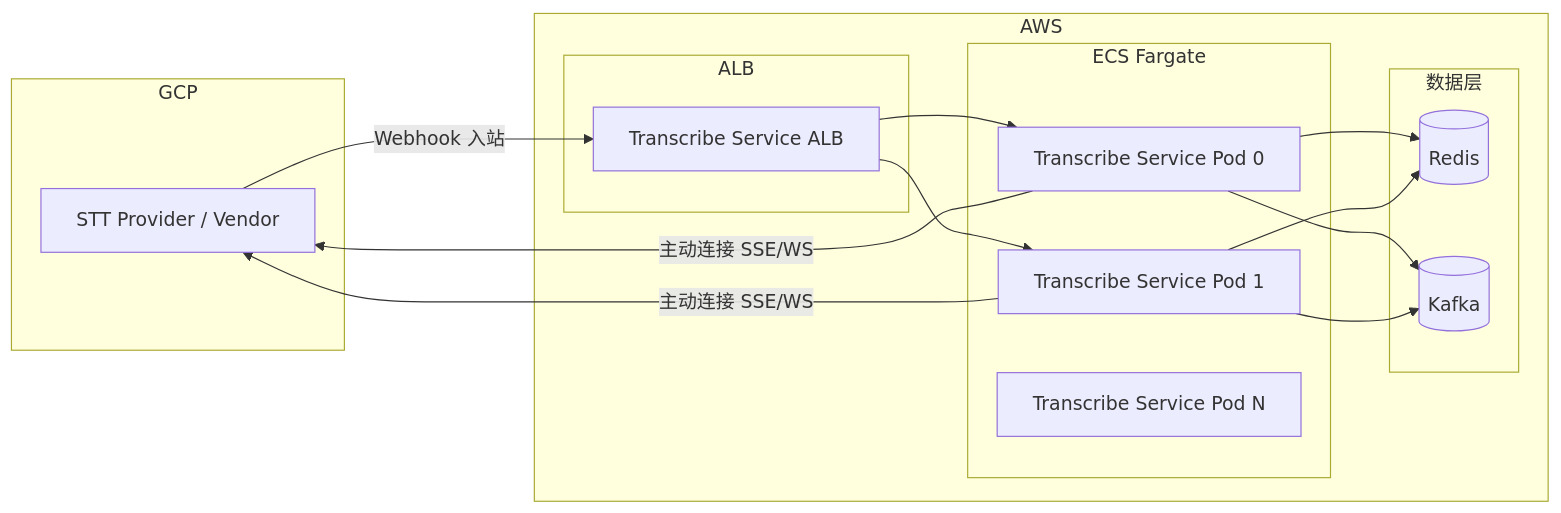
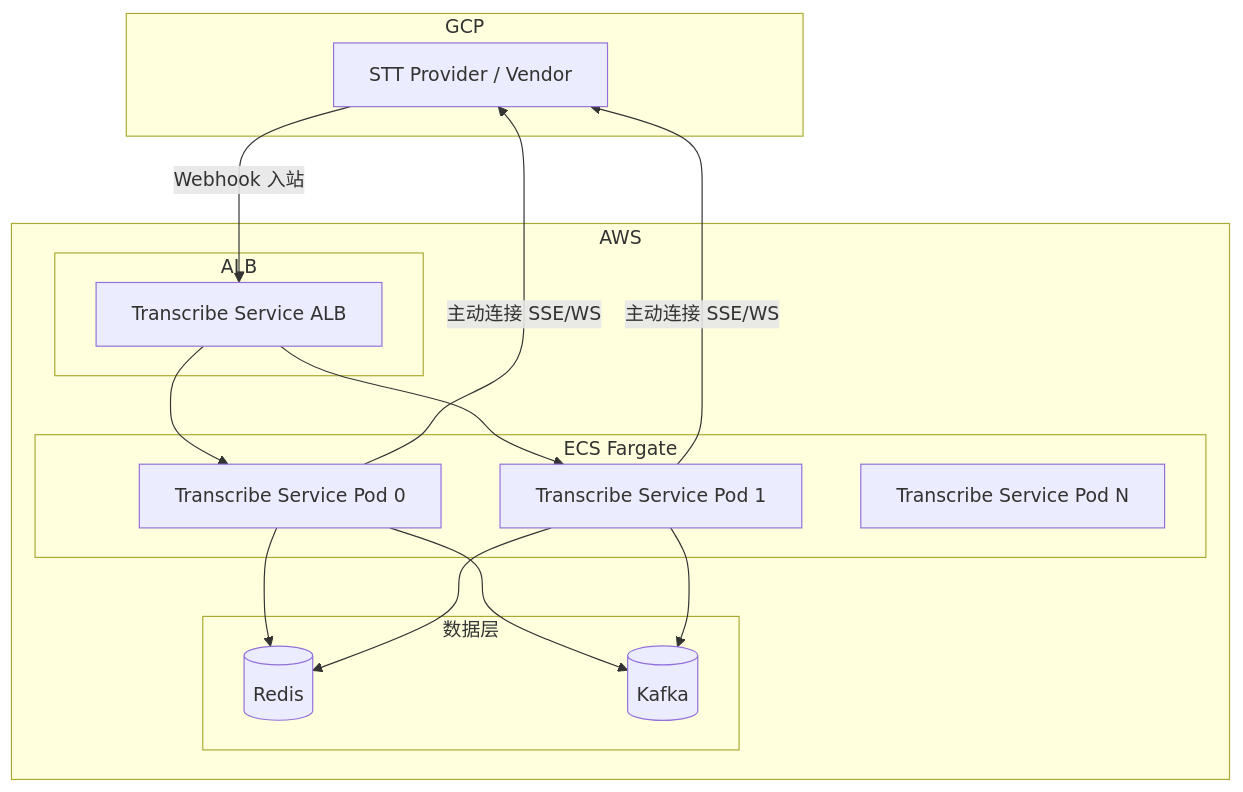
One commit to xiaodouya001/transcribe_service changed the second of 5 diagrams in docs/design-overview.md. Above: the diagram before and after it, drawn with Mermaid. The commit also changed other lines of this file and 4 other files, not shown here.

Commit message:
Remove architecture.md file and update design-overview.md to improve clarity in the application architecture diagrams. Adjust README to enhance navigation and include additional documentation links for better accessibility.

````diff
--- a/docs/design-overview.md
+++ b/docs/design-overview.md
@@ -63,29 +65,31 @@
 ```mermaid
-flowchart LR
+flowchart TB
     subgraph GCP [GCP]
         Vendor[STT Provider / Vendor]
     end
+
     subgraph AWS [AWS]
         subgraph ALB [ALB]
             ALB1[Transcribe Service ALB]
         end
         subgraph ECS [ECS Fargate]
             Task0[Transcribe Service Pod 0]
             Task1[Transcribe Service Pod 1]
             TaskN[Transcribe Service Pod N]
         end
         subgraph Data [数据层]
             Redis[(Redis)]
             Kafka[(Kafka)]
         end
     end
+
     Vendor -->|"Webhook 入站"| ALB1
     ALB1 --> Task0
     ALB1 --> Task1
     Task0 -->|"主动连接 SSE/WS"| Vendor
     Task1 -->|"主动连接 SSE/WS"| Vendor
     Task0 --> Redis
     Task0 --> Kafka
     Task1 --> Redis
     Task1 --> Kafka
 ```
````
